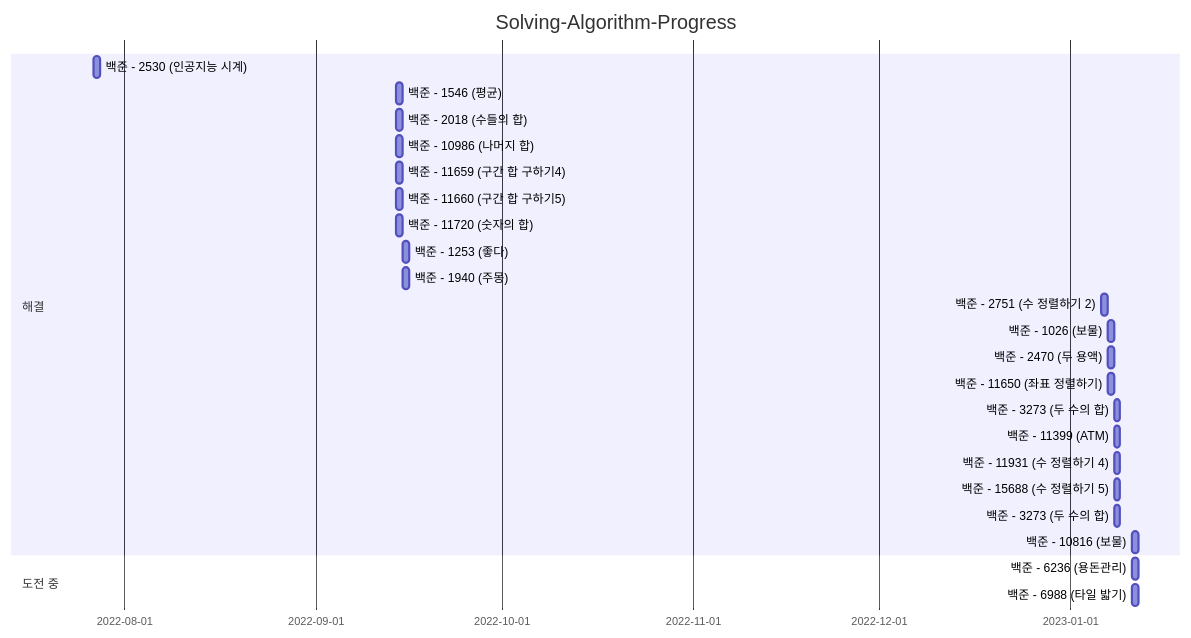
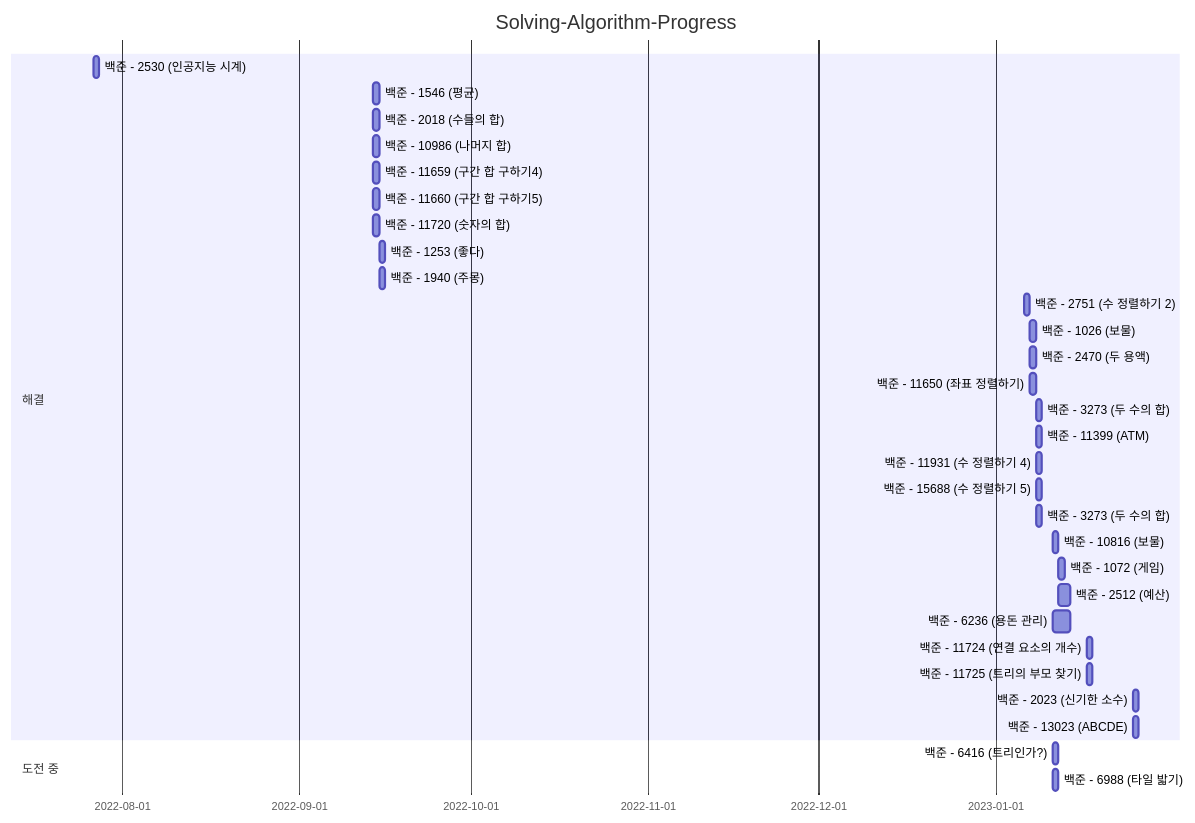
One commit to darkblose/BaekjunJava changed the diagram in README.md. Above: the diagram before and after it, drawn with Mermaid. The commit also changed 34 other files, not shown here.

````diff
--- a/README.md
+++ b/README.md
@@ -24,30 +24,37 @@
 ```mermaid
 gantt
 dateFormat YYYY-MM-DD
 title Solving-Algorithm-Progress
 
     section 해결
     백준 - 2530 (인공지능 시계)   : chap1, 2022-07-27, 1d
     백준 - 1546 (평균)          : chap1, 2022-09-14, 1d
     백준 - 2018 (수들의 합)      : chap1, 2022-09-14, 1d
     백준 - 10986 (나머지 합)     : chap1, 2022-09-14, 1d
     백준 - 11659 (구간 합 구하기4) : chap1, 2022-09-14, 1d
     백준 - 11660 (구간 합 구하기5) : chap1, 2022-09-14, 1d
     백준 - 11720 (숫자의 합)     : chap1, 2022-09-14, 1d
     백준 - 1253 (좋다)          : chap1, 2022-09-15, 1d
     백준 - 1940 (주몽)          : chap1, 2022-09-15, 1d
-    백준 - 2751 (수 정렬하기 2)   : chap1, 2023-01-06, 1d
-    백준 - 1026 (보물)          : chap1, 2023-01-07, 1d
-    백준 - 2470 (두 용액)        : chap1, 2023-01-07, 1d
-    백준 - 11650 (좌표 정렬하기)   : chap1, 2023-01-07, 1d
-    백준 - 3273 (두 수의 합)     : chap1, 2023-01-08, 1d
-    백준 - 11399 (ATM)         : chap1, 2023-01-08, 1d
-    백준 - 11931 (수 정렬하기 4)  : chap1, 2023-01-08, 1d
-    백준 - 15688 (수 정렬하기 5)  : chap1, 2023-01-08, 1d
-    백준 - 3273 (두 수의 합)     : chap1, 2023-01-08, 1d
-    백준 - 10816 (보물)         : chap1, 2023-01-11, 1d
+    백준 - 2751 (수 정렬하기 2)   : chap2, 2023-01-06, 1d
+    백준 - 1026 (보물)          : chap2, 2023-01-07, 1d
+    백준 - 2470 (두 용액)        : chap2, 2023-01-07, 1d
+    백준 - 11650 (좌표 정렬하기)   : chap2, 2023-01-07, 1d
+    백준 - 3273 (두 수의 합)     : chap2, 2023-01-08, 1d
+    백준 - 11399 (ATM)         : chap2, 2023-01-08, 1d
+    백준 - 11931 (수 정렬하기 4)  : chap2, 2023-01-08, 1d
+    백준 - 15688 (수 정렬하기 5)  : chap2, 2023-01-08, 1d
+    백준 - 3273 (두 수의 합)     : chap2, 2023-01-08, 1d
+    백준 - 10816 (보물)         : chap2, 2023-01-11, 1d
+    백준 - 1072 (게임)          : chap3, 2023-01-12, 1d
+    백준 - 2512 (예산)          : chap3, 2023-01-12, 2d
+    백준 - 6236 (용돈 관리)      : chap3, 2023-01-11, 3d
+    백준 - 11724 (연결 요소의 개수): chap4, 2023-01-17, 1d
+    백준 - 11725 (트리의 부모 찾기): chap4, 2023-01-17, 1d
+    백준 - 2023 (신기한 소수)    : chap5, 2023-01-25, 1d
+    백준 - 13023 (ABCDE)      : chap5, 2023-01-25, 1d
     
     section 도전 중
-    백준 - 6236 (용돈관리)    : challenging, 2023-01-11, 1d
+    백준 - 6416 (트리인가?)    : challenging, 2023-01-11, 1d
     백준 - 6988 (타일 밟기)    : challenging, 2023-01-11, 1d
 ```
````
